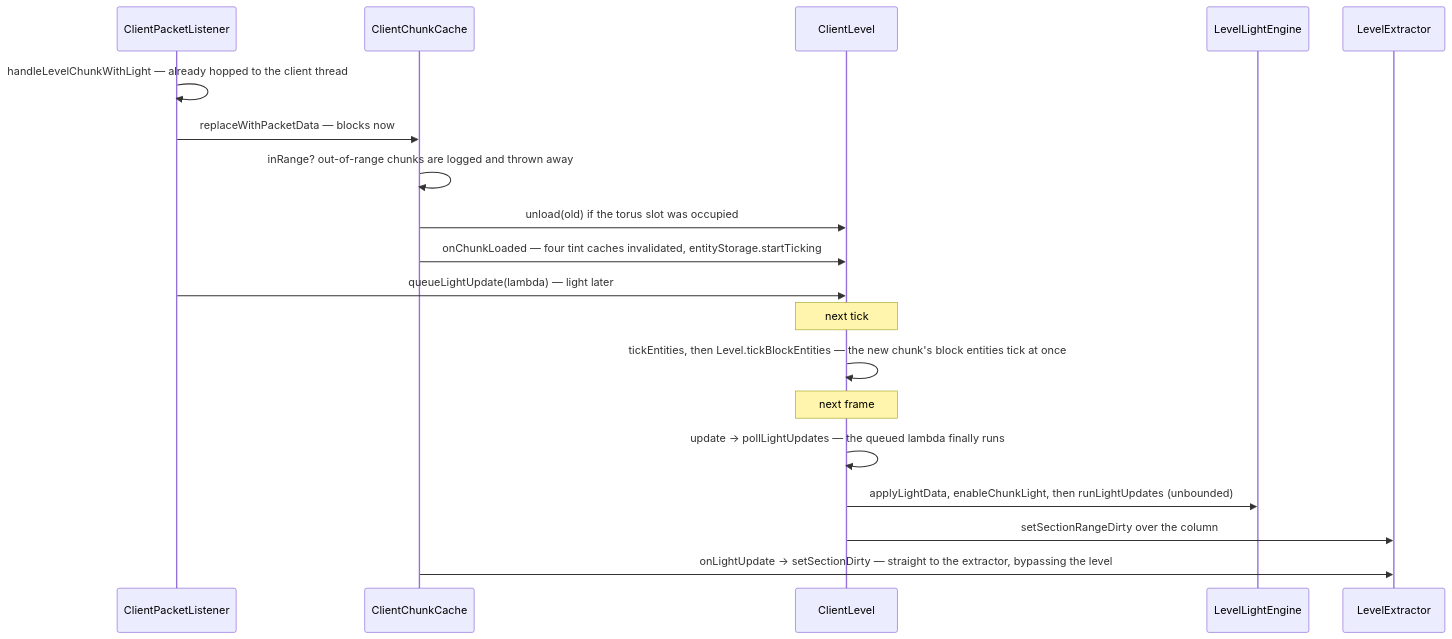
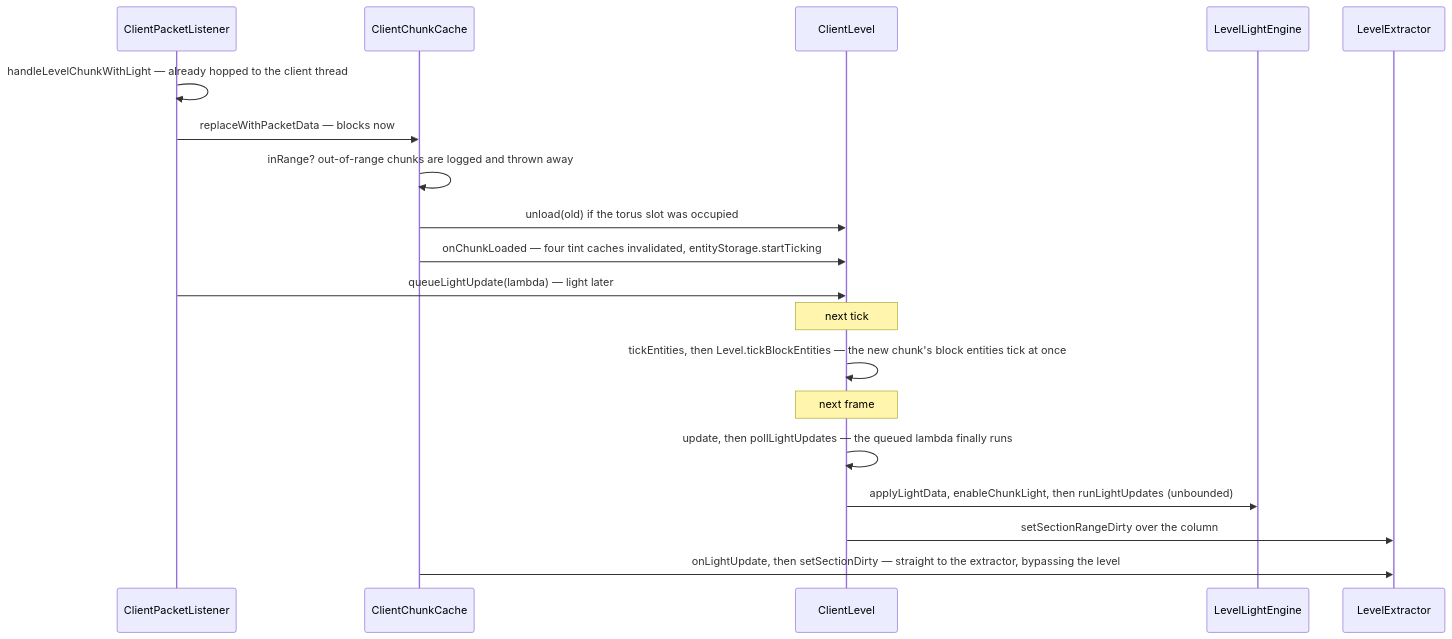
The diagram in src/systems/client/the-client-level.md (AlexanderjFraser/MinecraftDocs), drawn with Mermaid before and after one commit. The commit also changed other lines of this file and 27 other files, not shown here.

````diff
--- a/src/systems/client/the-client-level.md
+++ b/src/systems/client/the-client-level.md
@@ -101,22 +101,22 @@
 ```mermaid
 sequenceDiagram
     participant CPL as ClientPacketListener
     participant CCC as ClientChunkCache
     participant CL as ClientLevel
     participant LLE as LevelLightEngine
     participant LX as LevelExtractor
 
     CPL->>CPL: handleLevelChunkWithLight — already hopped to the client thread
     CPL->>CCC: replaceWithPacketData — blocks now
     CCC->>CCC: inRange? out-of-range chunks are logged and thrown away
     CCC->>CL: unload(old) if the torus slot was occupied
     CCC->>CL: onChunkLoaded — four tint caches invalidated, entityStorage.startTicking
     CPL->>CL: queueLightUpdate(lambda) — light later
     Note over CL: next tick
     CL->>CL: tickEntities, then Level.tickBlockEntities — the new chunk's block entities tick at once
     Note over CL: next frame
-    CL->>CL: update → pollLightUpdates — the queued lambda finally runs
+    CL->>CL: update, then pollLightUpdates — the queued lambda finally runs
     CL->>LLE: applyLightData, enableChunkLight, then runLightUpdates (unbounded)
     CL->>LX: setSectionRangeDirty over the column
-    CCC->>LX: onLightUpdate → setSectionDirty — straight to the extractor, bypassing the level
+    CCC->>LX: onLightUpdate, then setSectionDirty — straight to the extractor, bypassing the level
 ```
````
